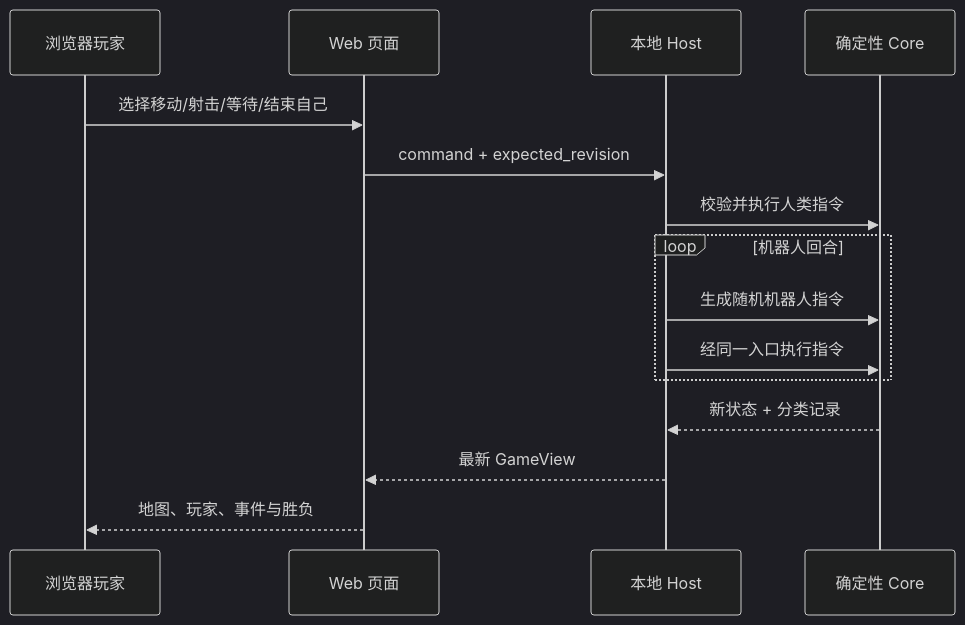
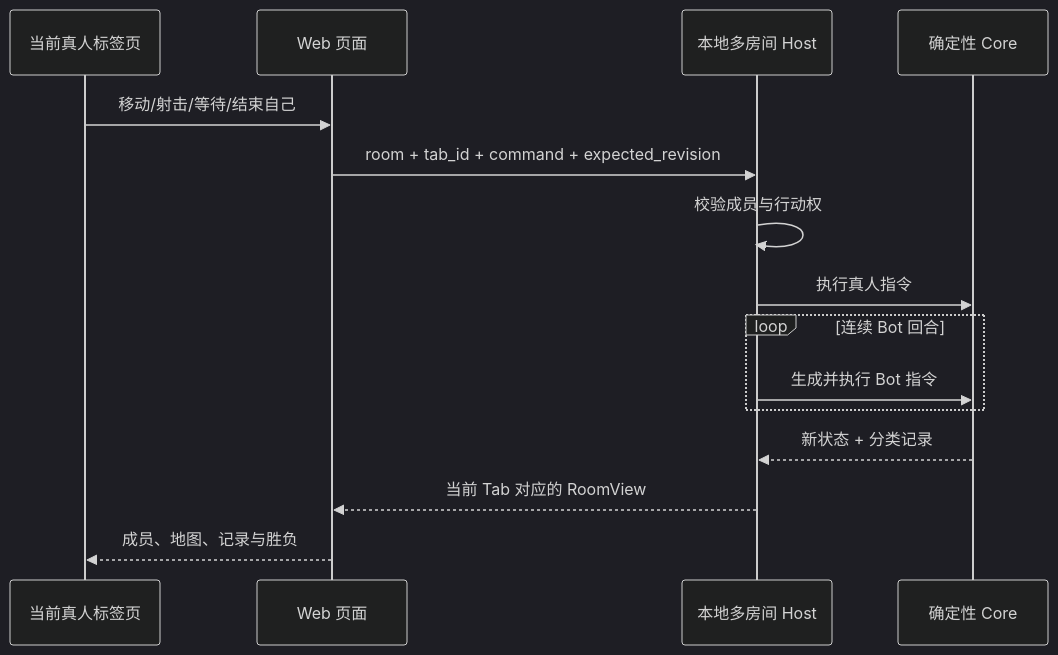
The diagram in docs/rules/local-web-mvp-rules.md (AKIMOTOkaya/russia_roulette), drawn with Mermaid (dark theme) before and after one commit. The commit also changed other lines of this file and 13 other files, not shown here.

Commit message:
feat: add multi-tab local room lobby

````diff
--- a/docs/rules/local-web-mvp-rules.md
+++ b/docs/rules/local-web-mvp-rules.md
@@ -62,18 +69,18 @@
 ```mermaid
 sequenceDiagram
-    participant Human as 浏览器玩家
+    participant Human as 当前真人标签页
     participant Web as Web 页面
-    participant Host as 本地 Host
+    participant Host as 本地多房间 Host
     participant Core as 确定性 Core
 
-    Human->>Web: 选择移动/射击/等待/结束自己
-    Web->>Host: command + expected_revision
-    Host->>Core: 校验并执行人类指令
-    loop 机器人回合
-        Host->>Core: 生成随机机器人指令
-        Host->>Core: 经同一入口执行指令
+    Human->>Web: 移动/射击/等待/结束自己
+    Web->>Host: room + tab_id + command + expected_revision
+    Host->>Host: 校验成员与行动权
+    Host->>Core: 执行真人指令
+    loop 连续 Bot 回合
+        Host->>Core: 生成并执行 Bot 指令
     end
     Core-->>Host: 新状态 + 分类记录
-    Host-->>Web: 最新 GameView
-    Web-->>Human: 地图、玩家、事件与胜负
+    Host-->>Web: 当前 Tab 对应的 RoomView
+    Web-->>Human: 成员、地图、记录与胜负
 ```
````
